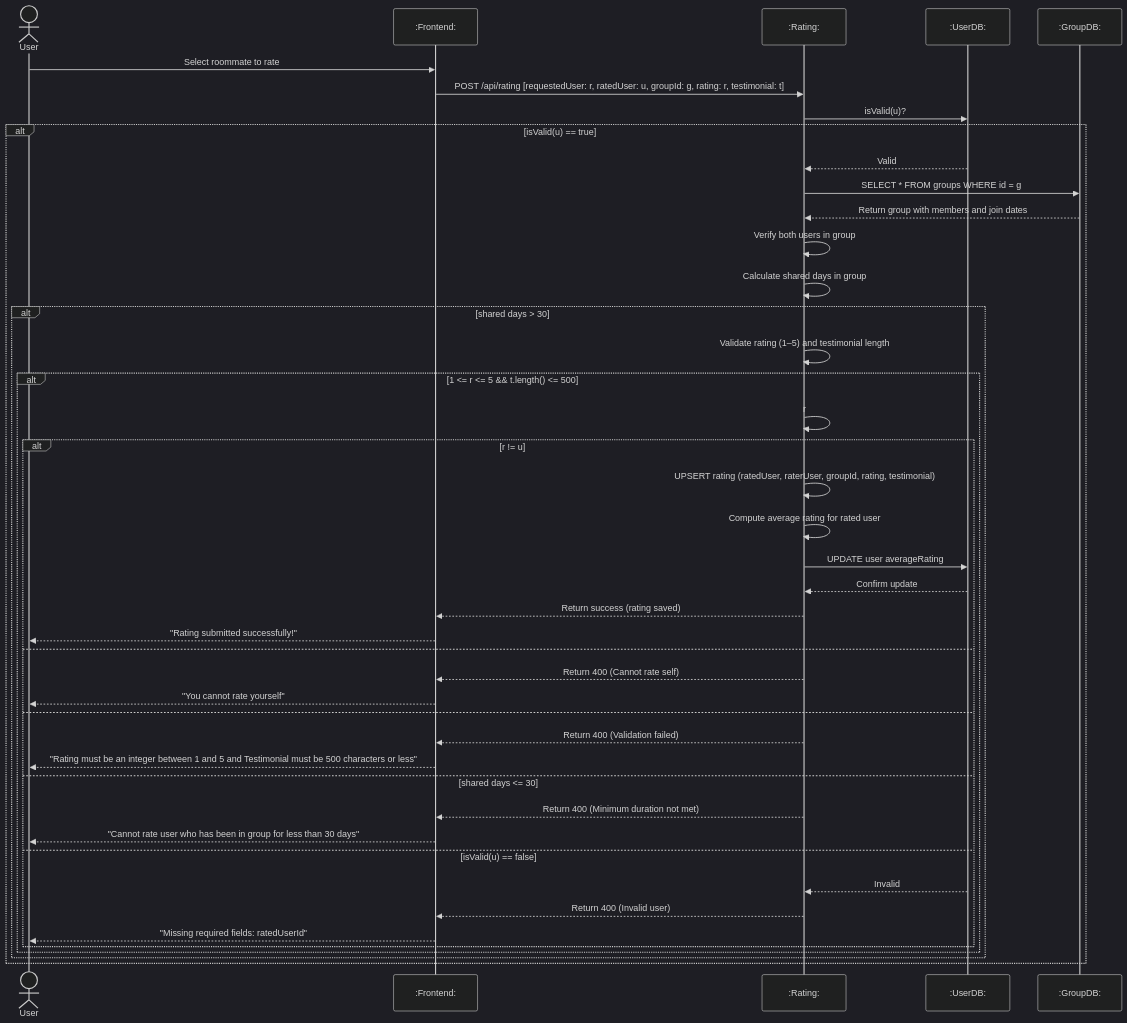
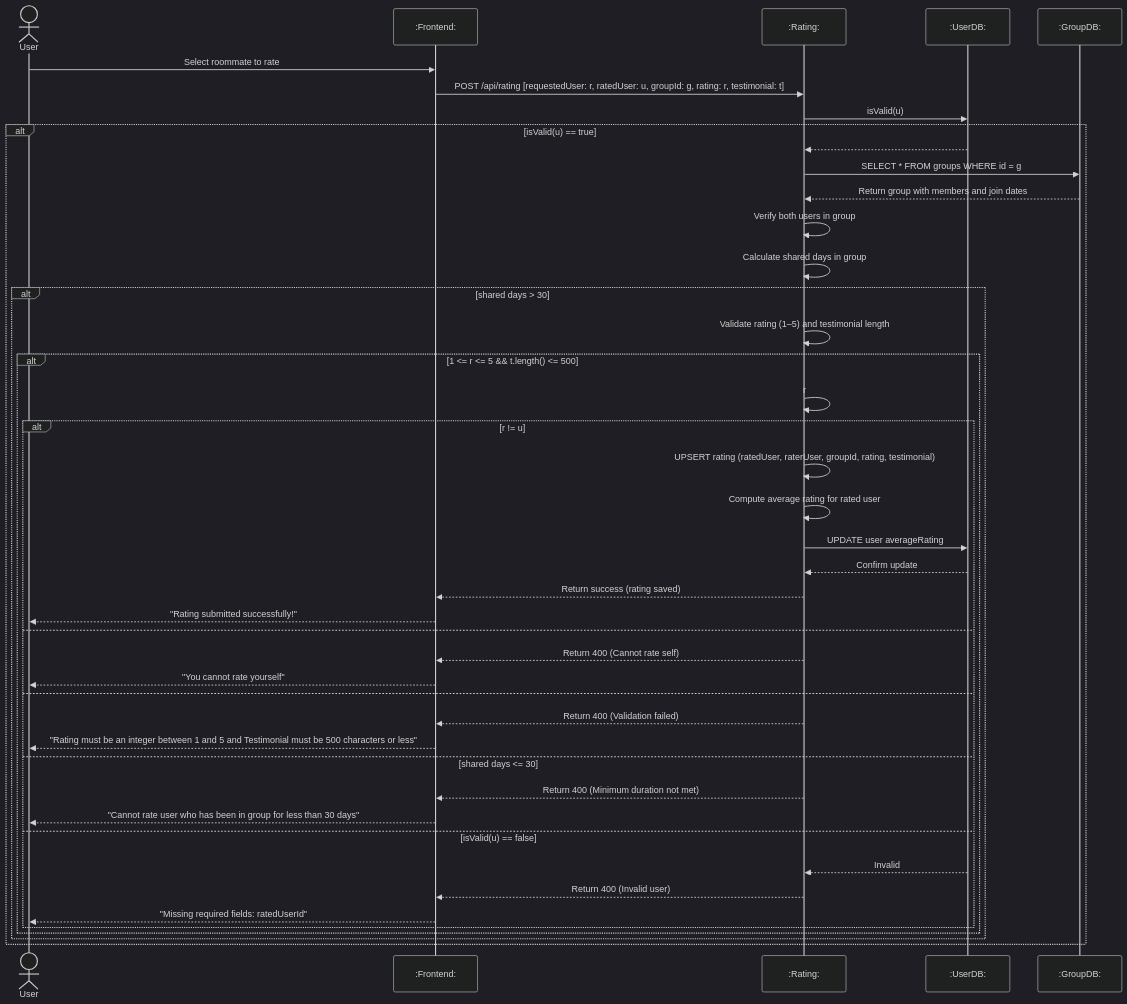
Before and after one commit to Lucas-Song-Dev/Cpen321-group-project: the fourth of 4 diagrams in documentation/Requirements_and_Design.md, drawn with Mermaid (dark theme).

````diff
--- a/documentation/Requirements_and_Design.md
+++ b/documentation/Requirements_and_Design.md
@@ -714,51 +714,51 @@
 ```mermaid
 sequenceDiagram
     actor User
     participant F as :Frontend:
     participant R as :Rating:
     participant U as :UserDB:
     participant G as :GroupDB:
 
     User->>F: Select roommate to rate
     F->>R: POST /api/rating [requestedUser: r, ratedUser: u, groupId: g, rating: r, testimonial: t]
 
     %% Backend validation
-    R->>U: isValid(u)?
+    R->>U: isValid(u)
     alt isValid(u) == true
-        U-->>R: Valid
+        U-->>R: 
 
         %% Check both users in group
         R->>G: SELECT * FROM groups WHERE id = g
         G-->>R: Return group with members and join dates
 
         R->>R: Verify both users in group
         R->>R: Calculate shared days in group
         alt shared days > 30
             R->>R: Validate rating (1–5) and testimonial length
             alt 1 <= r <= 5 && t.length() <= 500
                 R->>R: r
                 alt r != u
                     R->>R: UPSERT rating (ratedUser, raterUser, groupId, rating, testimonial)
                     R->>R: Compute average rating for rated user
                     R->>U: UPDATE user averageRating
                     U-->>R: Confirm update
                     R-->>F: Return success (rating saved)
                     F-->>User: "Rating submitted successfully!"
                 else 
                     R-->>F: Return 400 (Cannot rate self)
                     F-->>User: "You cannot rate yourself"
             else 
                 R-->>F: Return 400 (Validation failed)
                 F-->>User: "Rating must be an integer between 1 and 5 and Testimonial must be 500 characters or less"
         else shared days <= 30
             R-->>F: Return 400 (Minimum duration not met)
             F-->>User: "Cannot rate user who has been in group for less than 30 days"
     else isValid(u) == false
         U-->>R: Invalid
         R-->>F: Return 400 (Invalid user)
         F-->>User: "Missing required fields: ratedUserId"
                 end
             end
         end
     end
 ```
````
